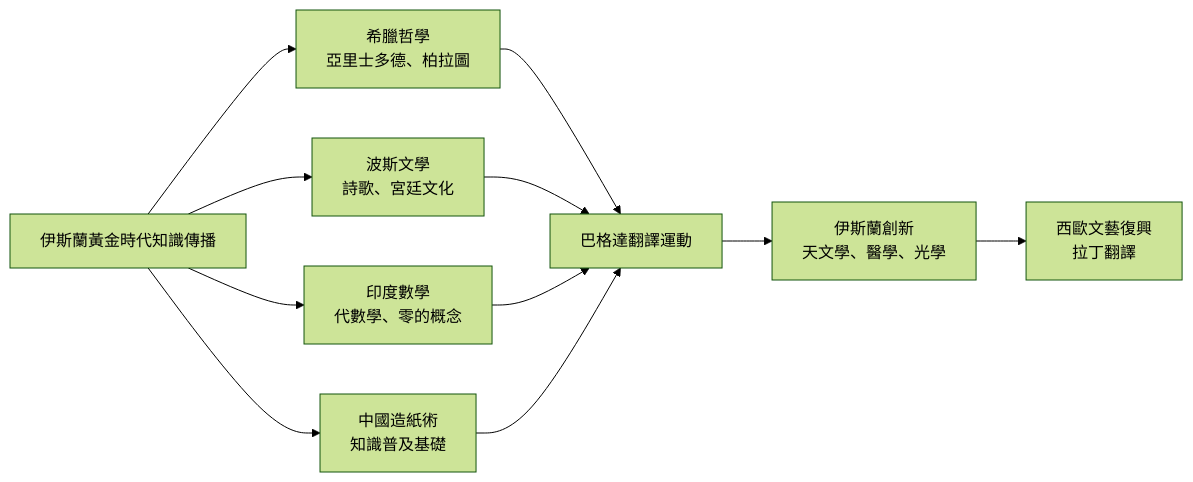
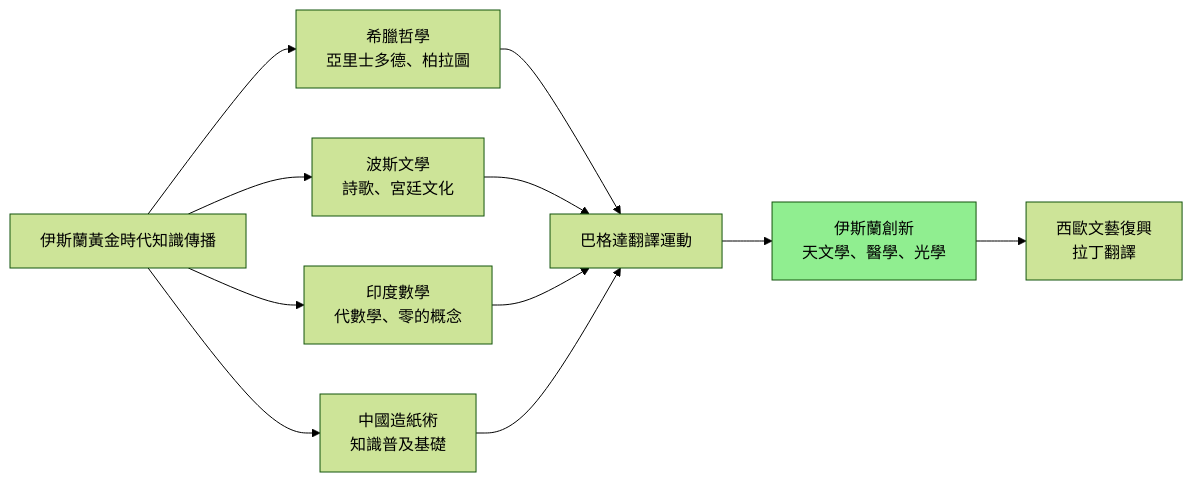
One commit to yip-lgtm/HKU-Harvard-History-Self-Study changed the first of 7 diagrams in 01_HKU_Courses/HIST2170_Making_of_the_Islamic_world.md. Above: the diagram before and after it, drawn with Mermaid (forest theme). The commit also changed other lines of this file and 8 other files, not shown here.

````diff
--- a/01_HKU_Courses/HIST2170_Making_of_the_Islamic_world.md
+++ b/01_HKU_Courses/HIST2170_Making_of_the_Islamic_world.md
@@ -80,13 +124,14 @@
 ```mermaid
 graph LR
     A["伊斯蘭黃金時代知識傳播"] --> B["希臘哲學<br/>亞里士多德、柏拉圖"]
     A --> C["波斯文學<br/>詩歌、宮廷文化"]
     A --> D["印度數學<br/>代數學、零的概念"]
     A --> E["中國造紙術<br/>知識普及基礎"]
     B --> F["巴格達翻譯運動"]
     C --> F
     D --> F
     E --> F
     F --> G["伊斯蘭創新<br/>天文學、醫學、光學"]
     G --> H["西歐文藝復興<br/>拉丁翻譯"]
+    style G fill:#90EE90
 ```
````
